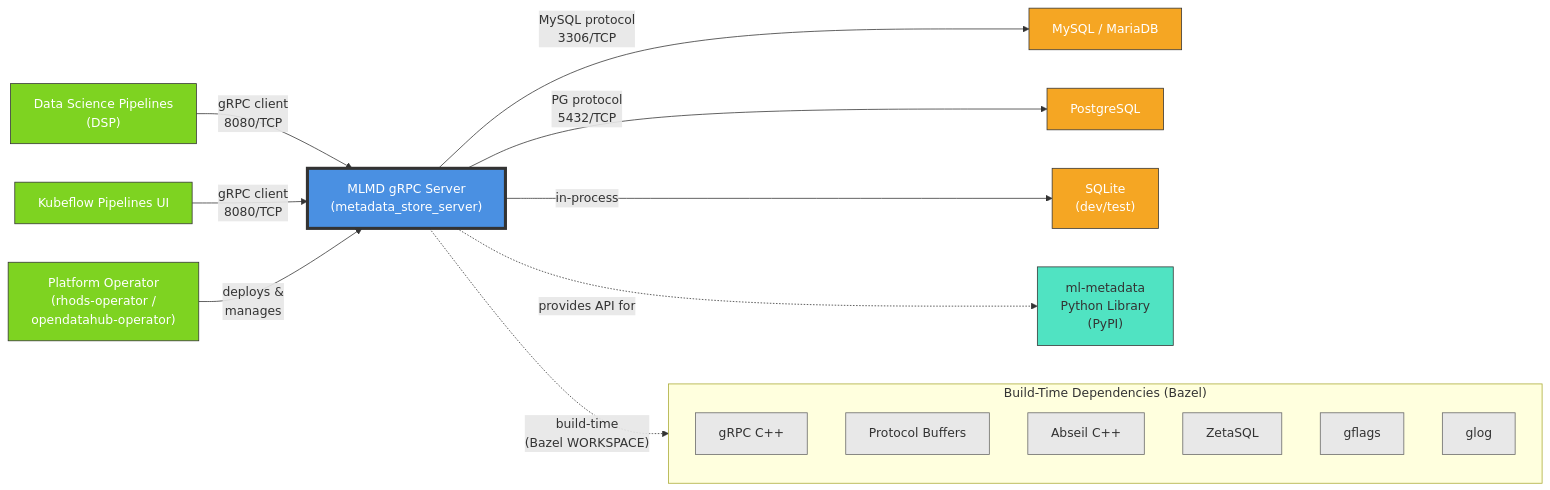
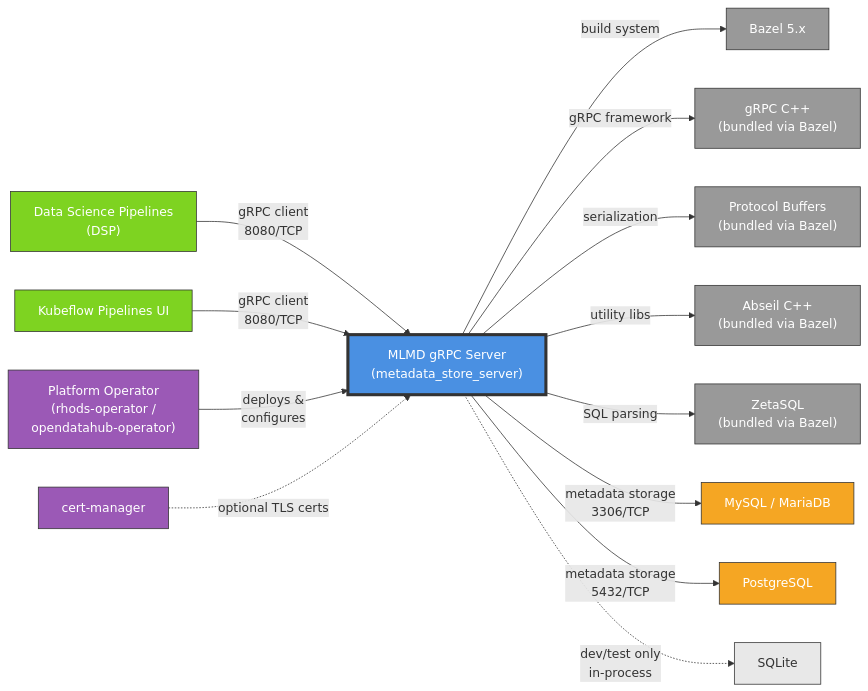
The diagram in architecture/rhoai.next/diagrams/ml-metadata-dependencies.mmd (rhuss/architecture-context), drawn with Mermaid before and after one commit. The commit also changed 935 other files, not shown here.

First line of the commit message:
regenerate architecture for rhoai.next

```diff
--- a/architecture/rhoai.next/diagrams/ml-metadata-dependencies.mmd
+++ b/architecture/rhoai.next/diagrams/ml-metadata-dependencies.mmd
@@ -1,46 +1,36 @@
 graph LR
     MLMD["MLMD gRPC Server<br/>(metadata_store_server)"]
 
-    %% Internal RHOAI Dependencies (consumers)
+    %% Build-time Dependencies
+    MLMD -->|"build system"| Bazel["Bazel 5.x"]
+    MLMD -->|"gRPC framework"| gRPC["gRPC C++<br/>(bundled via Bazel)"]
+    MLMD -->|"serialization"| Protobuf["Protocol Buffers<br/>(bundled via Bazel)"]
+    MLMD -->|"utility libs"| Abseil["Abseil C++<br/>(bundled via Bazel)"]
+    MLMD -->|"SQL parsing"| ZetaSQL["ZetaSQL<br/>(bundled via Bazel)"]
+
+    %% Runtime Database Dependencies
+    MLMD -->|"metadata storage<br/>3306/TCP"| MySQL["MySQL / MariaDB"]
+    MLMD -->|"metadata storage<br/>5432/TCP"| PostgreSQL["PostgreSQL"]
+    MLMD -.->|"dev/test only<br/>in-process"| SQLite["SQLite"]
+
+    %% Internal ODH/RHOAI Dependencies
     DSP["Data Science Pipelines<br/>(DSP)"] -->|"gRPC client<br/>8080/TCP"| MLMD
-    KFUI["Kubeflow Pipelines UI"] -->|"gRPC client<br/>8080/TCP"| MLMD
-
-    %% Database Backends
-    MLMD -->|"MySQL protocol<br/>3306/TCP"| MySQL["MySQL / MariaDB"]
-    MLMD -->|"PG protocol<br/>5432/TCP"| PostgreSQL["PostgreSQL"]
-    MLMD -->|"in-process"| SQLite["SQLite<br/>(dev/test)"]
+    PipelinesUI["Kubeflow Pipelines UI"] -->|"gRPC client<br/>8080/TCP"| MLMD
 
     %% Platform Dependencies
-    PlatformOp["Platform Operator<br/>(rhods-operator /<br/>opendatahub-operator)"] -->|"deploys &<br/>manages"| MLMD
+    Operator["Platform Operator<br/>(rhods-operator /<br/>opendatahub-operator)"] -->|"deploys &<br/>configures"| MLMD
+    CertManager["cert-manager"] -.->|"optional TLS certs"| MLMD
 
-    %% Build-Time Dependencies
-    subgraph BuildDeps["Build-Time Dependencies (Bazel)"]
-        direction TB
-        gRPCLib["gRPC C++"]
-        Protobuf["Protocol Buffers"]
-        Abseil["Abseil C++"]
-        ZetaSQL["ZetaSQL"]
-        gflags["gflags"]
-        glog["glog"]
-    end
-
-    MLMD -.->|"build-time<br/>(Bazel WORKSPACE)"| BuildDeps
-
-    %% Client Library
-    MLMD -.->|"provides API for"| PythonLib["ml-metadata<br/>Python Library<br/>(PyPI)"]
-
-    %% Styling
     style MLMD fill:#4a90e2,stroke:#333,stroke-width:4px,color:#fff
-    style DSP fill:#7ed321,stroke:#333,color:#fff
-    style KFUI fill:#7ed321,stroke:#333,color:#fff
-    style PlatformOp fill:#7ed321,stroke:#333,color:#fff
+    style Bazel fill:#999,stroke:#333,color:#fff
+    style gRPC fill:#999,stroke:#333,color:#fff
+    style Protobuf fill:#999,stroke:#333,color:#fff
+    style Abseil fill:#999,stroke:#333,color:#fff
+    style ZetaSQL fill:#999,stroke:#333,color:#fff
     style MySQL fill:#f5a623,stroke:#333,color:#fff
     style PostgreSQL fill:#f5a623,stroke:#333,color:#fff
-    style SQLite fill:#f5a623,stroke:#333,color:#fff
-    style PythonLib fill:#50e3c2,stroke:#333,color:#333
-    style gRPCLib fill:#e8e8e8,stroke:#666
-    style Protobuf fill:#e8e8e8,stroke:#666
-    style Abseil fill:#e8e8e8,stroke:#666
-    style ZetaSQL fill:#e8e8e8,stroke:#666
-    style gflags fill:#e8e8e8,stroke:#666
-    style glog fill:#e8e8e8,stroke:#666
+    style SQLite fill:#e8e8e8,stroke:#333
+    style DSP fill:#7ed321,stroke:#333,color:#fff
+    style PipelinesUI fill:#7ed321,stroke:#333,color:#fff
+    style Operator fill:#9b59b6,stroke:#333,color:#fff
+    style CertManager fill:#9b59b6,stroke:#333,color:#fff
```
